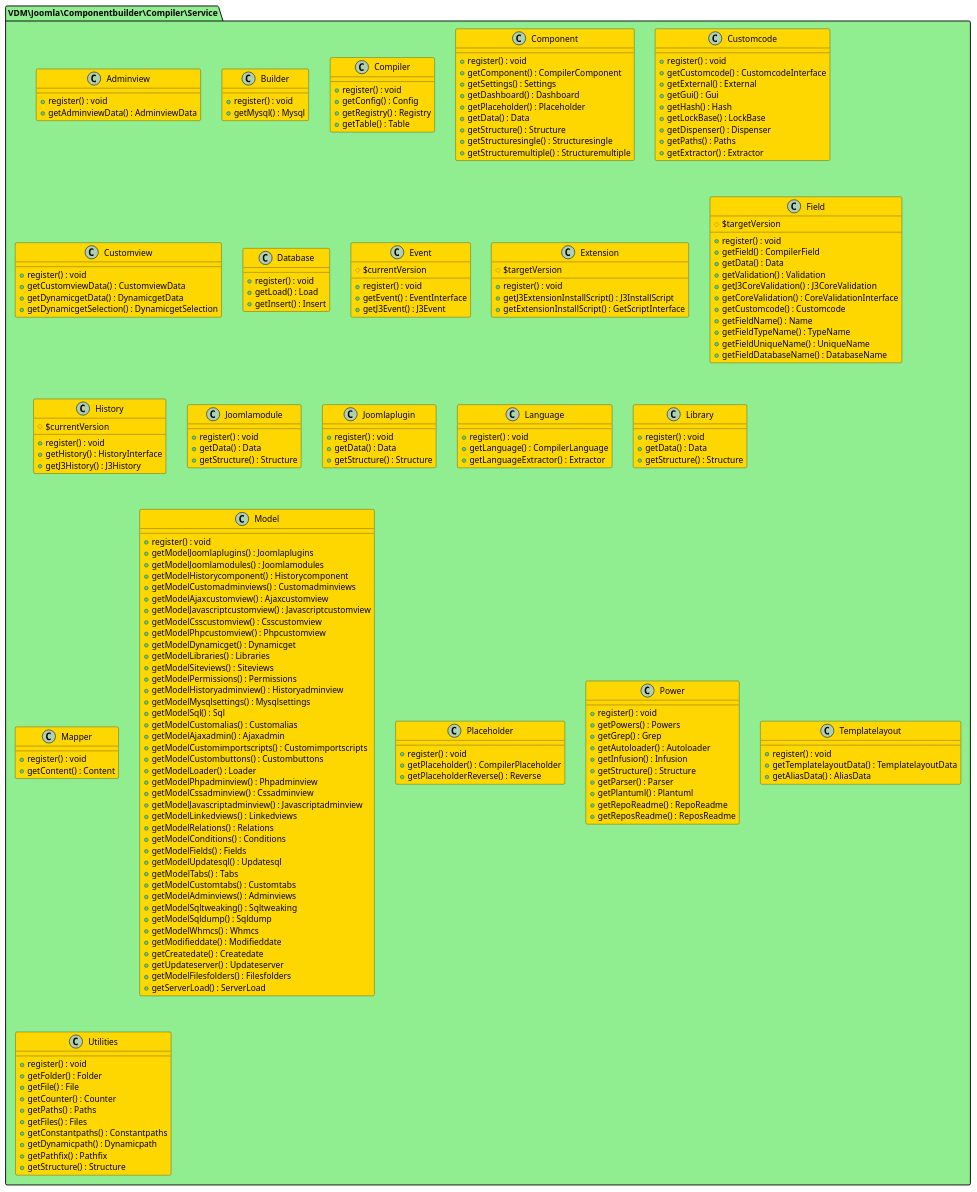
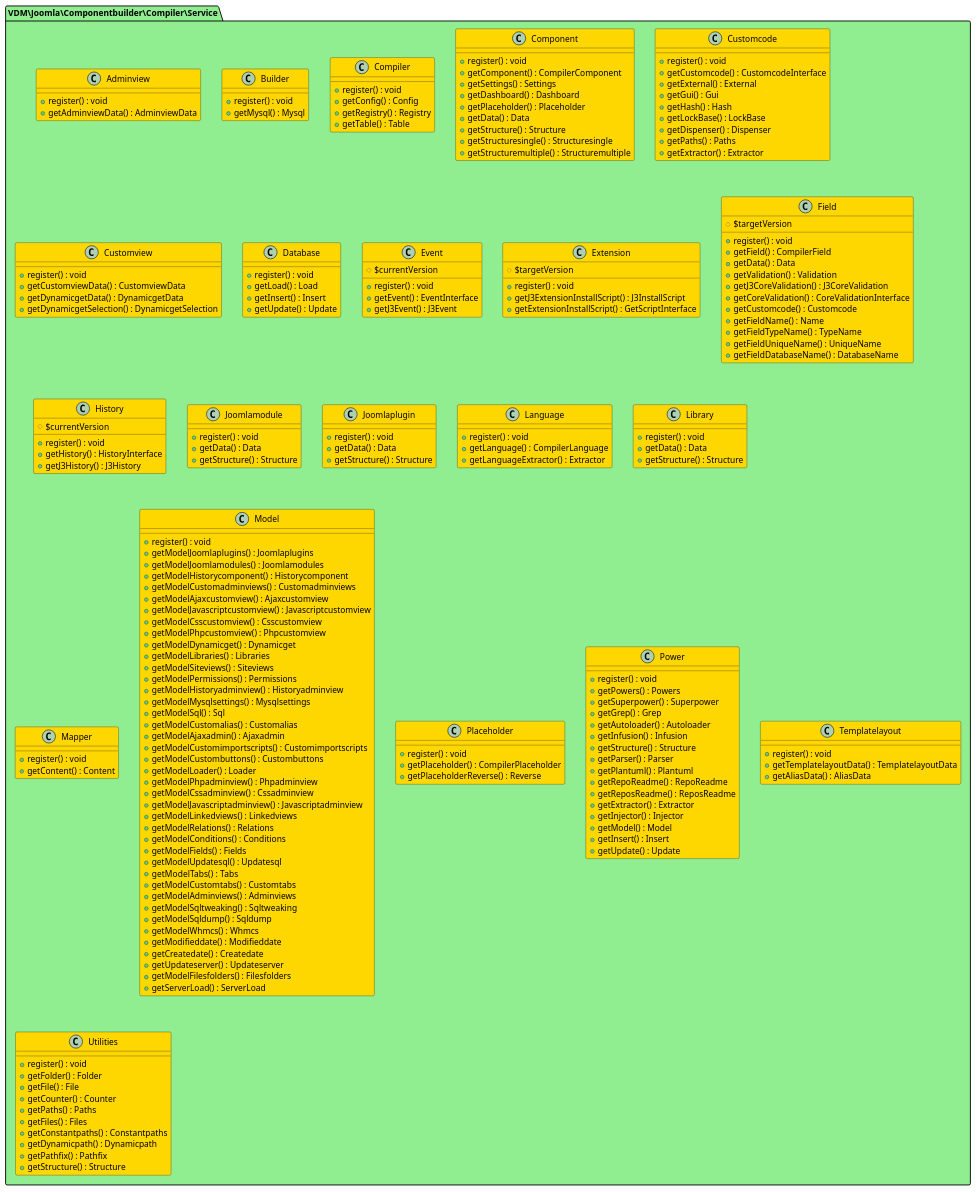
One commit to joomengine/jcb-compiler changed diagram 21 of 34 in README.md. Above: the diagram before and after it, drawn with PlantUML. The commit also changed other lines of this file and 65 other files, not shown here.

```diff
--- a/README.md
+++ b/README.md
@@ -1766,6 +1840,7 @@
     + register() : void
     + getLoad() : Load
     + getInsert() : Insert
+    + getUpdate() : Update
   }
 
   class Event  #Gold {
@@ -1885,6 +1960,7 @@
   class Power  #Gold {
     + register() : void
     + getPowers() : Powers
+    + getSuperpower() : Superpower
     + getGrep() : Grep
     + getAutoloader() : Autoloader
     + getInfusion() : Infusion
@@ -1893,6 +1969,11 @@
     + getPlantuml() : Plantuml
     + getRepoReadme() : RepoReadme
     + getReposReadme() : ReposReadme
+    + getExtractor() : Extractor
+    + getInjector() : Injector
+    + getModel() : Model
+    + getInsert() : Insert
+    + getUpdate() : Update
   }
 
   class Templatelayout  #Gold {
```
